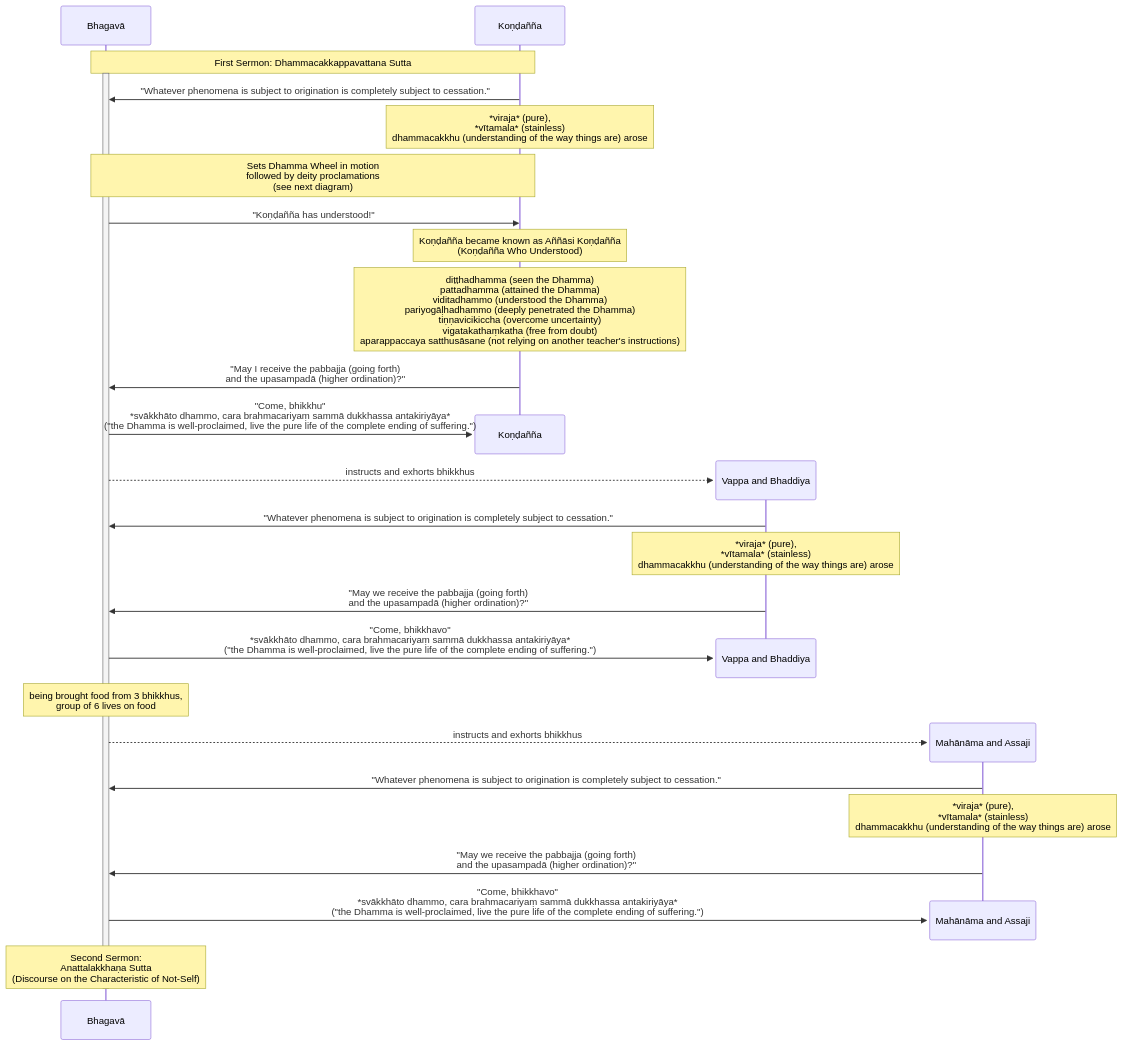
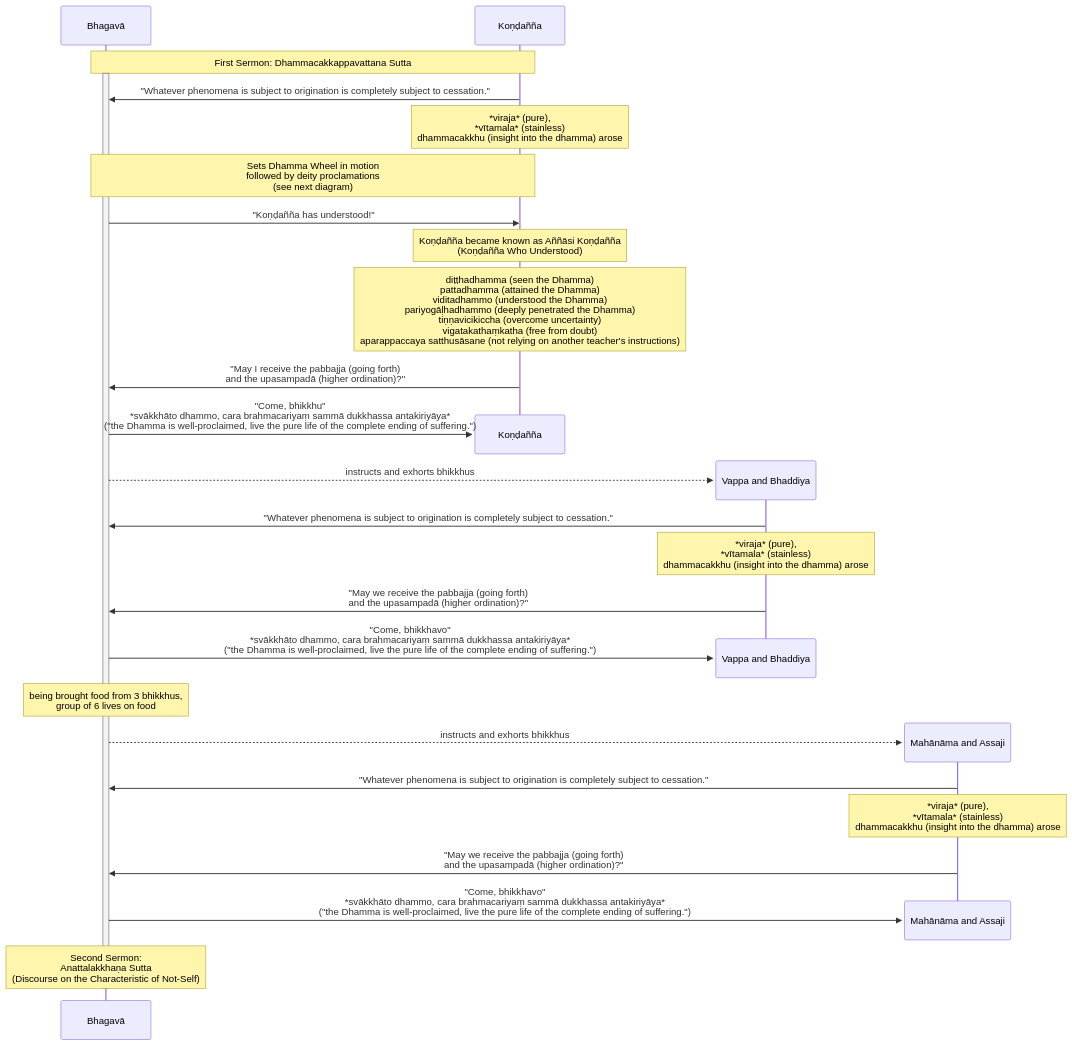
The tenth of 13 diagrams in content/Khandhaka/1.6.md (ChristineTham/tidipa), drawn with Mermaid before and after one commit. The commit also changed other lines of this file and 12 other files, not shown here.

Commit message:
Added articles, corrected Dhamma eye to insight

````diff
--- a/content/Khandhaka/1.6.md
+++ b/content/Khandhaka/1.6.md
@@ -444,62 +444,62 @@
 ```mermaid
 sequenceDiagram
     participant B as Bhagavā
     participant K as Koṇḍañña
 
     note over B, K: First Sermon: Dhammacakkappavattana Sutta
 
     activate B
 
     K->>B: "Whatever phenomena is subject to origination is completely subject to cessation."
 
-    note over K: *viraja* (pure), <br> *vītamala* (stainless) <br> dhammacakkhu (understanding of the way things are) arose
+    note over K: *viraja* (pure), <br> *vītamala* (stainless) <br> dhammacakkhu (insight into the dhamma) arose
 
     note over B, K: Sets Dhamma Wheel in motion<br>followed by deity proclamations<br> (see next diagram)
 
     B->>K: "Koṇḍañña has understood!"
 
     note over K: Koṇḍañña became known as Aññāsi Koṇḍañña <br>(Koṇḍañña Who Understood)
 
     note over K: diṭṭhadhamma (seen the Dhamma)<br>pattadhamma (attained the Dhamma)<br>viditadhammo (understood the Dhamma)<br>pariyogāḷhadhammo (deeply penetrated the Dhamma)<br>tiṇṇavicikiccha (overcome uncertainty)<br>vigatakathaṃkatha (free from doubt)<br>aparappaccaya satthusāsane (not relying on another teacher's instructions)
 
     K->>B: "May I receive the pabbajja (going forth) <br> and the upasampadā (higher ordination)?"
 
     destroy K
 
     B->>K: "Come, bhikkhu"<br>*svākkhāto dhammo, cara brahmacariyaṃ sammā dukkhassa antakiriyāya*<br>("the Dhamma is well-proclaimed, live the pure life of the complete ending of suffering.")
 
     create participant VB as Vappa and Bhaddiya
 
     B-->>VB: instructs and exhorts bhikkhus
 
     VB->>B: "Whatever phenomena is subject to origination is completely subject to cessation."
 
-    note over VB: *viraja* (pure), <br> *vītamala* (stainless) <br> dhammacakkhu (understanding of the way things are) arose
+    note over VB: *viraja* (pure), <br> *vītamala* (stainless) <br> dhammacakkhu (insight into the dhamma) arose
 
     VB->>B: "May we receive the pabbajja (going forth) <br> and the upasampadā (higher ordination)?"
 
     destroy VB
 
     B->>VB: "Come, bhikkhavo"<br>*svākkhāto dhammo, cara brahmacariyaṃ sammā dukkhassa antakiriyāya*<br>("the Dhamma is well-proclaimed, live the pure life of the complete ending of suffering.")
 
     note over B: being brought food from 3 bhikkhus,<br>group of 6 lives on food
 
     create participant MA as Mahānāma and Assaji
 
     B-->>MA: instructs and exhorts bhikkhus
 
     MA->>B: "Whatever phenomena is subject to origination is completely subject to cessation."
 
-    note over MA: *viraja* (pure), <br> *vītamala* (stainless) <br> dhammacakkhu (understanding of the way things are) arose
+    note over MA: *viraja* (pure), <br> *vītamala* (stainless) <br> dhammacakkhu (insight into the dhamma) arose
 
     MA->>B: "May we receive the pabbajja (going forth) <br> and the upasampadā (higher ordination)?"
 
     destroy MA
 
     B->>MA: "Come, bhikkhavo"<br>*svākkhāto dhammo, cara brahmacariyaṃ sammā dukkhassa antakiriyāya*<br>("the Dhamma is well-proclaimed, live the pure life of the complete ending of suffering.")
 
     note over B: Second Sermon:<br>Anattalakkhaṇa Sutta <br>(Discourse on the Characteristic of Not-Self)
 
     deactivate B
 
 ```
````
